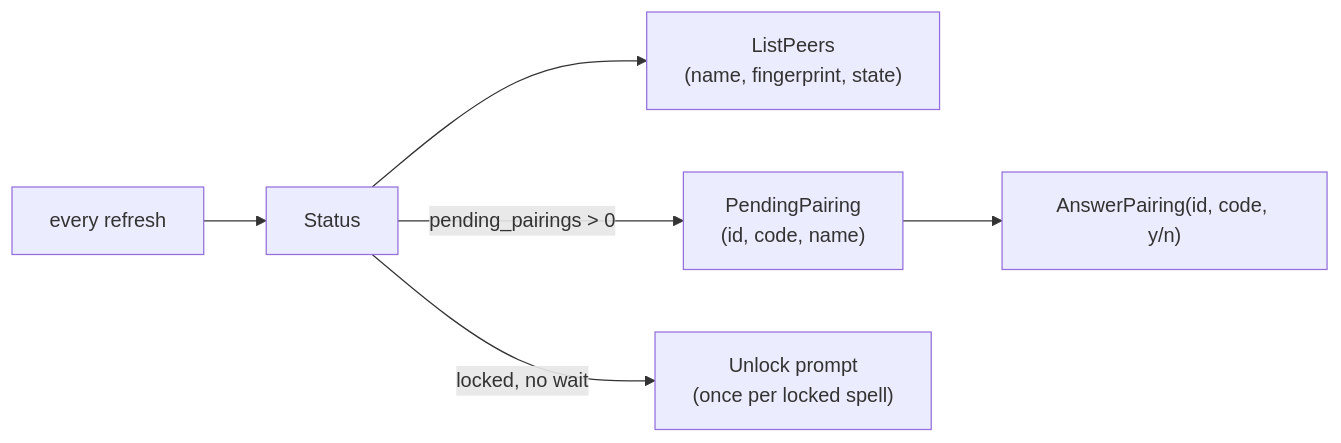
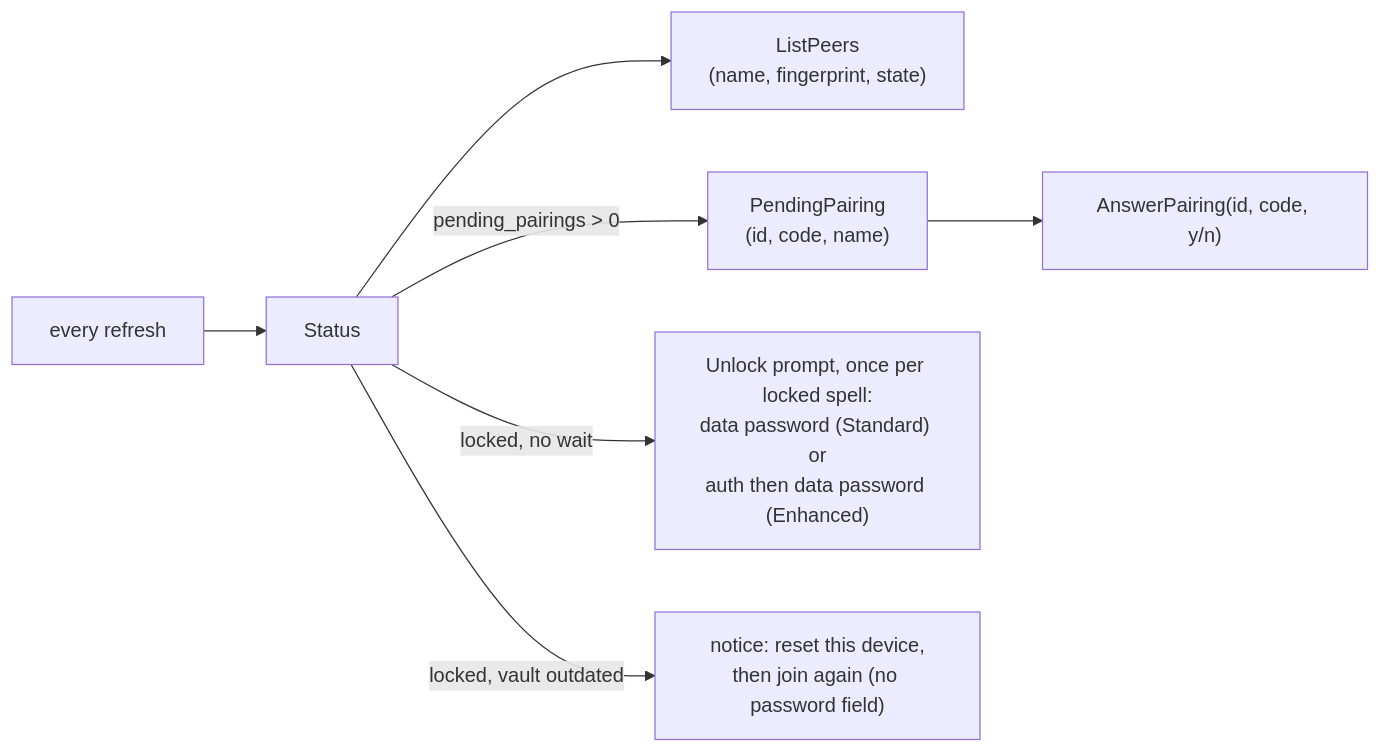
The second of 2 diagrams in docs/diagrams/ipc.md (czarekkdev/cesaconn), drawn with Mermaid before and after one commit. The commit also changed 6 other files, not shown here.

First line of the commit message:
docs(daemon, diagrams, readme): own vault salts and Enhanced security

````diff
--- a/docs/diagrams/ipc.md
+++ b/docs/diagrams/ipc.md
@@ -28,8 +28,9 @@
 ```mermaid
 flowchart LR
     tick["every refresh"] --> st["Status"]
     st --> peers["ListPeers<br/>(name, fingerprint, state)"]
     st -- "pending_pairings > 0" --> pp["PendingPairing<br/>(id, code, name)"]
     pp --> ans["AnswerPairing(id, code, y/n)"]
-    st -- "locked, no wait" --> unlock["Unlock prompt<br/>(once per locked spell)"]
+    st -- "locked, no wait" --> unlock["Unlock prompt, once per locked spell:<br/>data password (Standard) or<br/>auth then data password (Enhanced)"]
+    st -- "locked, vault outdated" --> outdated["notice: reset this device,<br/>then join again (no password field)"]
 ```
````
